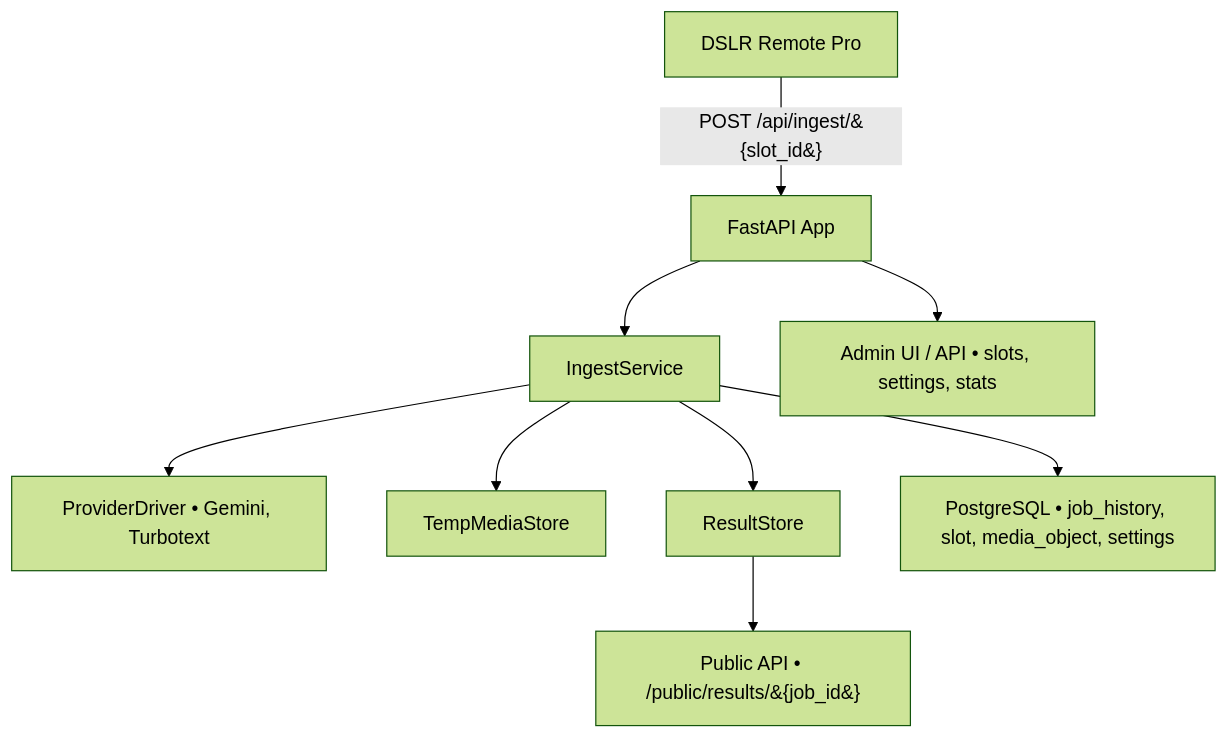
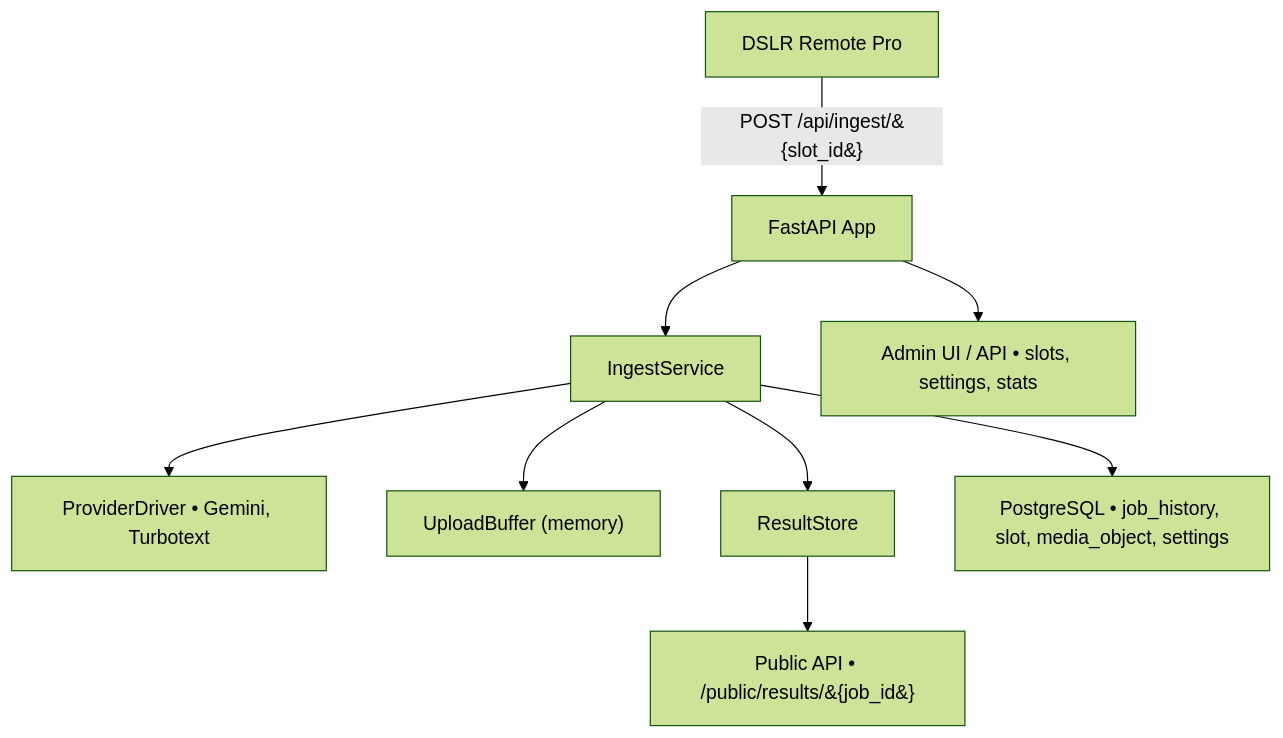
The second of 2 diagrams in docs/PRD.md (nicelight/PhotoChanger_25), drawn with Mermaid (forest theme) before and after one commit. The commit also changed other lines of this file and 60 other files, not shown here.

````diff
--- a/docs/PRD.md
+++ b/docs/PRD.md
@@ -131,11 +131,11 @@
 ```mermaid 
 graph TD
     A["DSLR Remote Pro"] -->|POST /api/ingest/&#123;slot_id&#125;| B["FastAPI App"]
     B --> C["IngestService"]
     C --> D["ProviderDriver • Gemini, Turbotext"]
-    C --> E["TempMediaStore"]
+    C --> E["UploadBuffer (memory)"]
     C --> F["ResultStore"]
     C --> G["PostgreSQL • job_history, slot, media_object, settings"]
     F --> H["Public API • /public/results/&#123;job_id&#125;"]
     B --> I["Admin UI / API • slots, settings, stats"]
 ```
````
